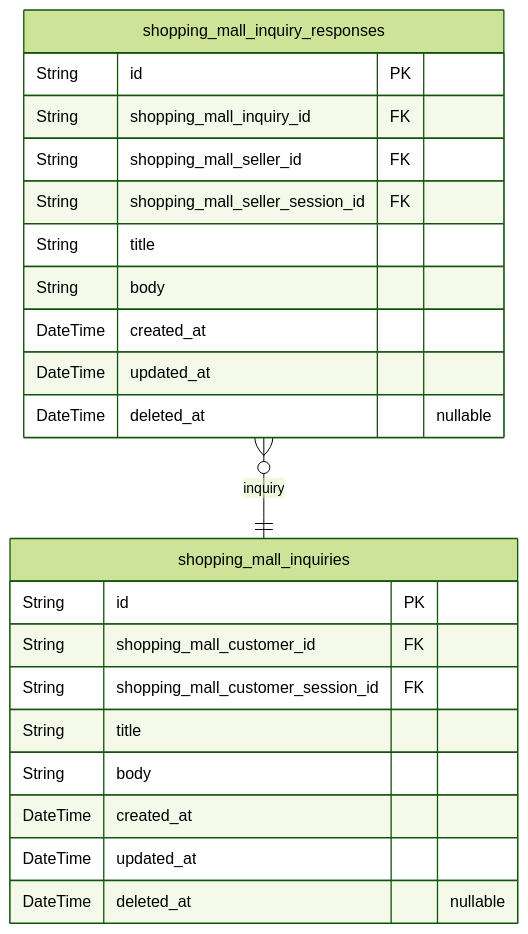
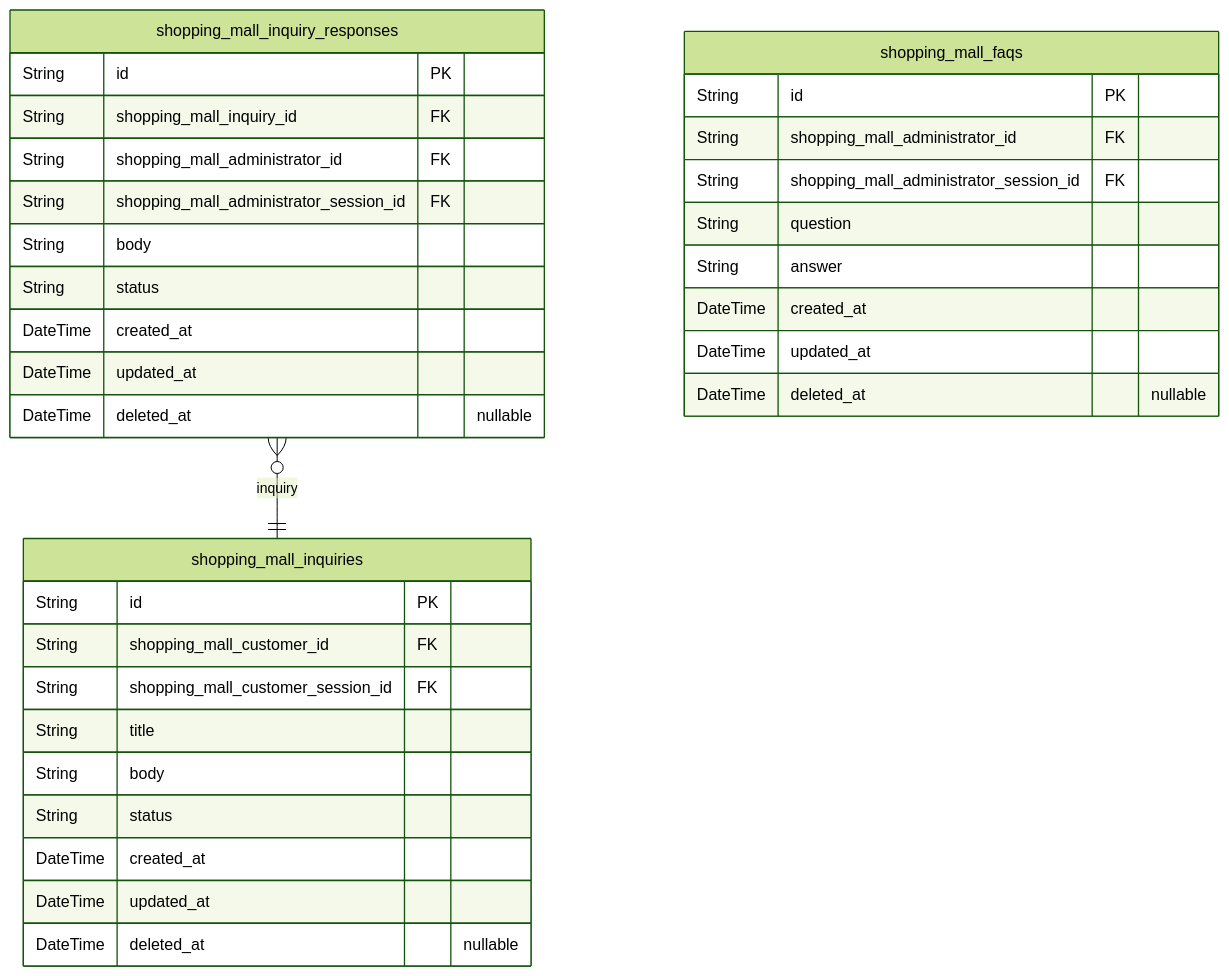
The eighth of 10 diagrams in mistralai/codestral-2508/shopping/docs/ERD.md (wrtnlabs/autobe-examples), drawn with Mermaid (forest theme) before and after one commit. The commit also changed other lines of this file and 7173 other files, not shown here.

````diff
--- a/mistralai/codestral-2508/shopping/docs/ERD.md
+++ b/mistralai/codestral-2508/shopping/docs/ERD.md
@@ -922,25 +939,36 @@
 ```mermaid
 erDiagram
 "shopping_mall_inquiries" {
   String id PK
   String shopping_mall_customer_id FK
   String shopping_mall_customer_session_id FK
   String title
   String body
+  String status
   DateTime created_at
   DateTime updated_at
   DateTime deleted_at "nullable"
 }
 "shopping_mall_inquiry_responses" {
   String id PK
   String shopping_mall_inquiry_id FK
-  String shopping_mall_seller_id FK
-  String shopping_mall_seller_session_id FK
-  String title
+  String shopping_mall_administrator_id FK
+  String shopping_mall_administrator_session_id FK
   String body
+  String status
+  DateTime created_at
+  DateTime updated_at
+  DateTime deleted_at "nullable"
+}
+"shopping_mall_faqs" {
+  String id PK
+  String shopping_mall_administrator_id FK
+  String shopping_mall_administrator_session_id FK
+  String question
+  String answer
   DateTime created_at
   DateTime updated_at
   DateTime deleted_at "nullable"
 }
 "shopping_mall_inquiry_responses" }o--|| "shopping_mall_inquiries" : inquiry
 ```
````
